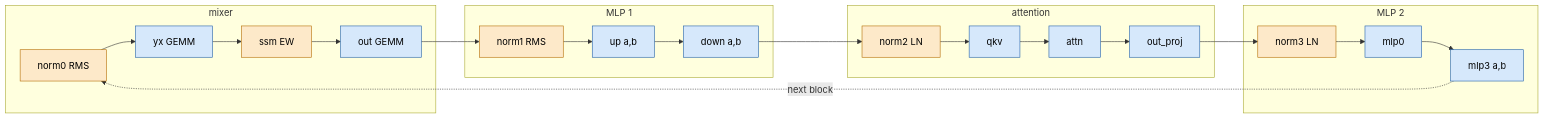
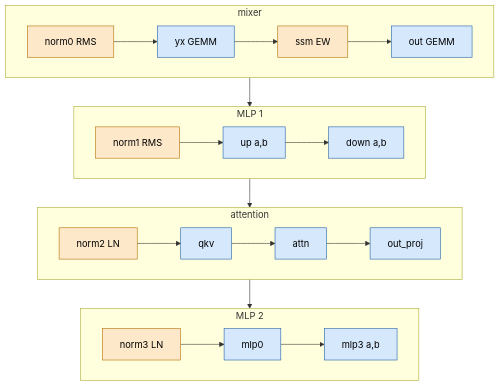
Before and after one commit to Guppy16/strix-halo-maxx: the first of 3 diagrams in tapnext/book/step-design.md, drawn with Mermaid. The commit also changed other lines of this file, not shown here.

Commit message:
docs(tapnext): step-design block diagram as four stacked sub-layers

````diff
--- a/tapnext/book/step-design.md
+++ b/tapnext/book/step-design.md
@@ -24,21 +24,22 @@
 ```mermaid
-flowchart LR
+flowchart TB
     classDef ew fill:#fde9c9,stroke:#b36b00,color:#000
     classDef gemm fill:#d6e8fb,stroke:#1f5fa8,color:#000
     subgraph mixer["mixer"]
+        direction LR
         n0["norm0 RMS"]:::ew --> yx["yx GEMM"]:::gemm --> ssm["ssm EW"]:::ew --> out["out GEMM"]:::gemm
     end
     subgraph mlp1["MLP 1"]
+        direction LR
         n1["norm1 RMS"]:::ew --> up["up a,b"]:::gemm --> down["down a,b"]:::gemm
     end
     subgraph att["attention"]
+        direction LR
         n2["norm2 LN"]:::ew --> qkv["qkv"]:::gemm --> attn["attn"]:::gemm --> op["out_proj"]:::gemm
     end
     subgraph mlp2["MLP 2"]
+        direction LR
         n3["norm3 LN"]:::ew --> m0["mlp0"]:::gemm --> m3["mlp3 a,b"]:::gemm
     end
-    out --> n1
-    down --> n2
-    op --> n3
-    m3 -.-> |next block| n0
+    mixer --> mlp1 --> att --> mlp2
 ```
````
